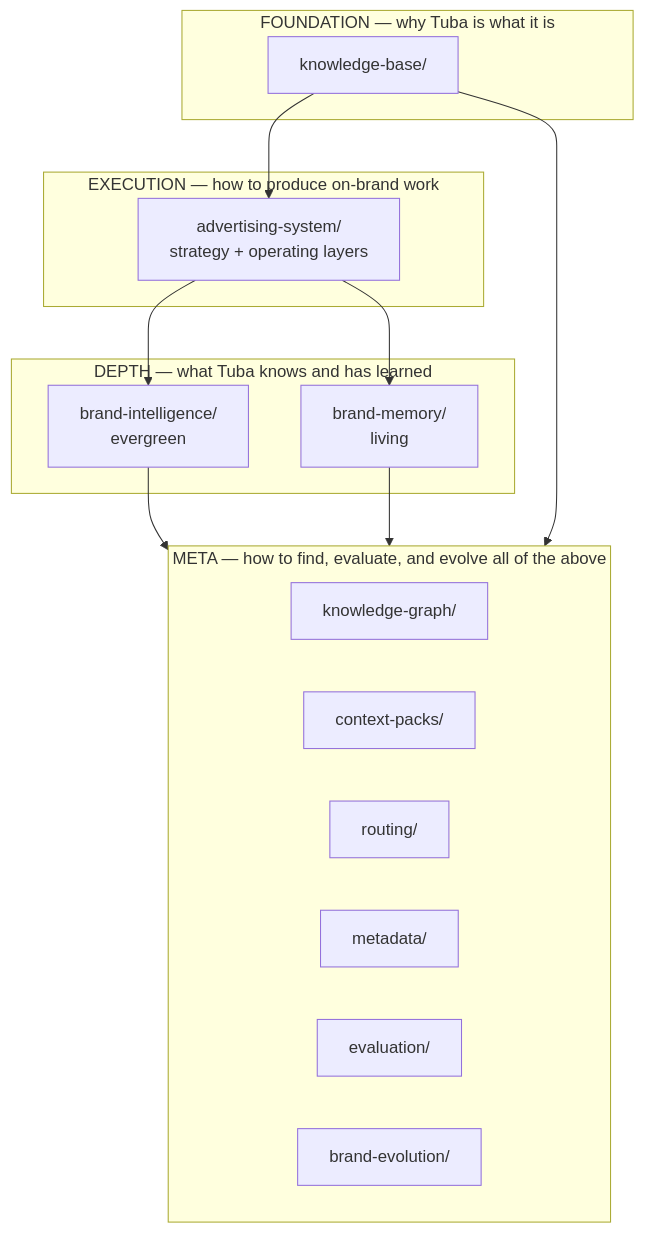
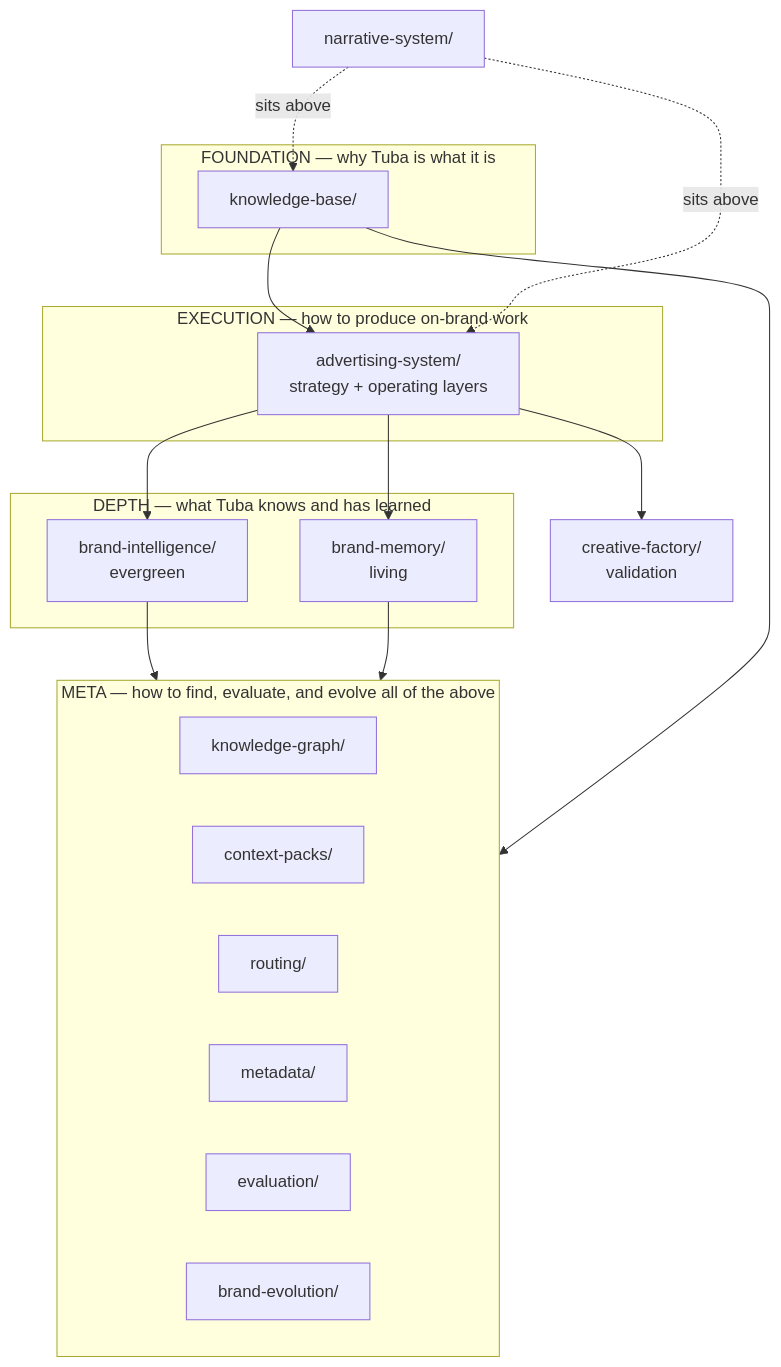
The first of 4 diagrams in AI_KNOWLEDGE_PLATFORM.md (younisoft/tuba_marketing_skills), drawn with Mermaid before and after one commit. The commit also changed other lines of this file and 177 other files, not shown here.

First line of the commit message:
Add narrative system, creative factory, and brand experience platform

````diff
--- a/AI_KNOWLEDGE_PLATFORM.md
+++ b/AI_KNOWLEDGE_PLATFORM.md
@@ -17,28 +19,31 @@
 ```mermaid
 flowchart TD
     subgraph Foundation["FOUNDATION — why Tuba is what it is"]
         KB[knowledge-base/]
     end
     subgraph Execution["EXECUTION — how to produce on-brand work"]
         AS[advertising-system/<br/>strategy + operating layers]
     end
     subgraph Depth["DEPTH — what Tuba knows and has learned"]
         BI[brand-intelligence/<br/>evergreen]
         BM[brand-memory/<br/>living]
     end
     subgraph Meta["META — how to find, evaluate, and evolve all of the above"]
         KG[knowledge-graph/]
         CP[context-packs/]
         RT[routing/]
         MD[metadata/]
         EV[evaluation/]
         BE[brand-evolution/]
     end
 
     KB --> AS
     AS --> BI
     AS --> BM
     BI --> Meta
     BM --> Meta
     KB --> Meta
+    AS --> CF[creative-factory/<br/>validation]
+    NS[narrative-system/] -.sits above.-> KB
+    NS -.sits above.-> AS
 ```
````
